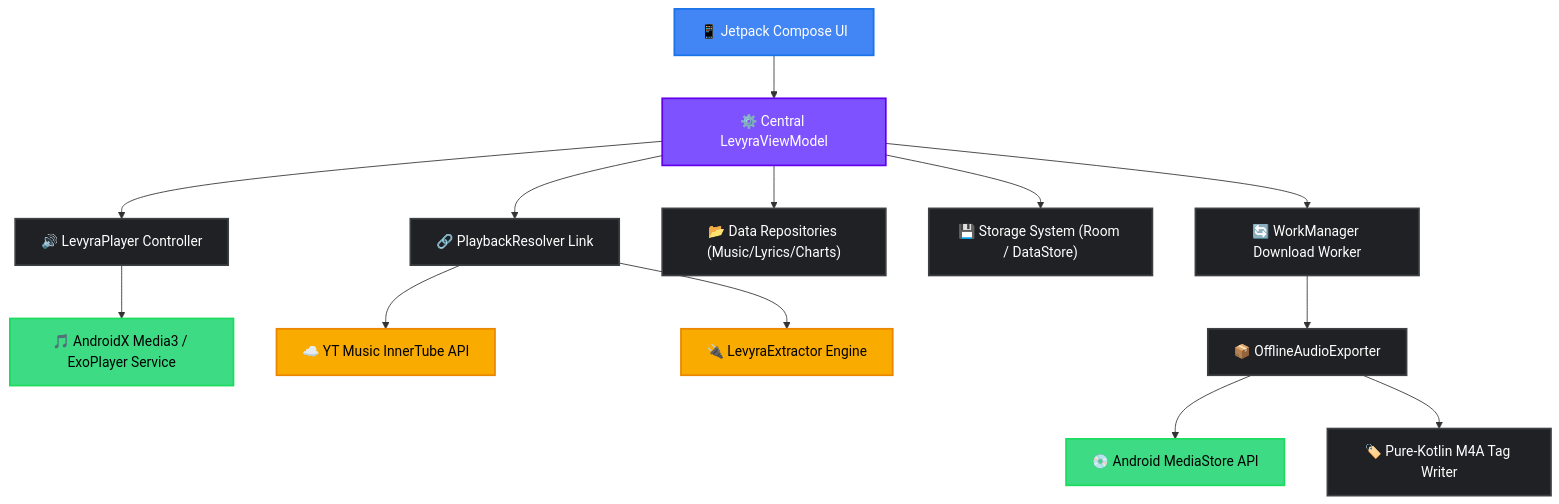
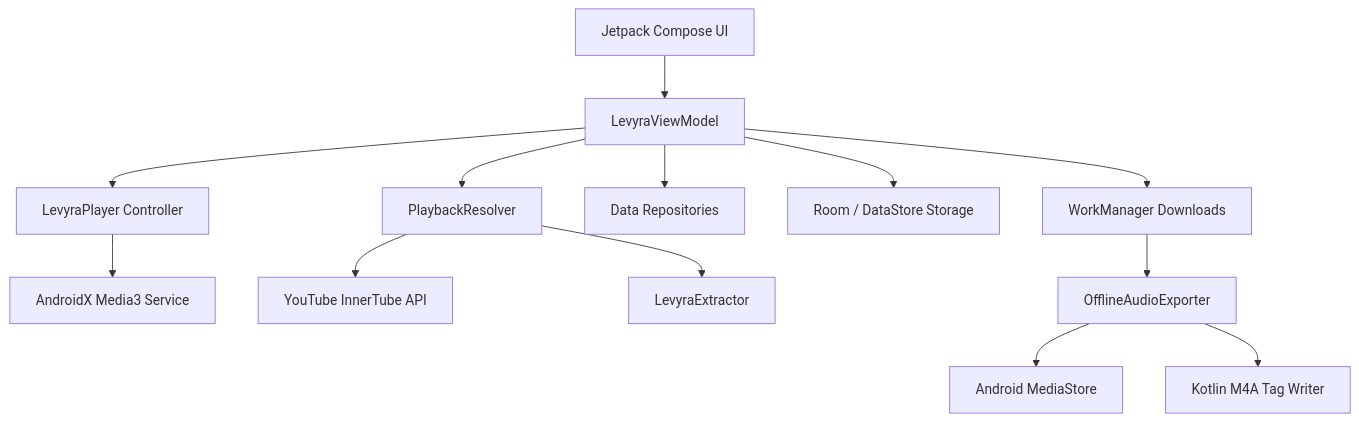
The diagram in README.md (LUC4N3X/Levyra-deepsound), drawn with Mermaid before and after one commit. The commit also changed other lines of this file, not shown here.

````diff
--- a/README.md
+++ b/README.md
@@ -162,26 +138,19 @@
 ```mermaid
 graph TD
-    %% Custom Styling Theme
-    classDef ui fill:#4285F4,stroke:#1A73E8,stroke-width:2px,color:#fff;
-    classDef vm fill:#7F52FF,stroke:#6200EE,stroke-width:2px,color:#fff;
-    classDef core fill:#202124,stroke:#3C4043,stroke-width:2px,color:#fff;
-    classDef engine fill:#3DDC84,stroke:#1DDB60,stroke-width:2px,color:#000;
-    classDef ext fill:#F9AB00,stroke:#EA8600,stroke-width:2px,color:#000;
-
-    UI["📱 Jetpack Compose UI"]:::ui --> VM["⚙️ Central LevyraViewModel"]:::vm
+    UI["Jetpack Compose UI"] --> VM["LevyraViewModel"]
     
-    VM --> Player["🔊 LevyraPlayer Controller"]:::core
-    VM --> Resolver["🔗 PlaybackResolver Link"]:::core
-    VM --> Repos["📂 Data Repositories (Music/Lyrics/Charts)"]:::core
-    VM --> Store["💾 Storage System (Room / DataStore)"]:::core
-    VM --> Work["🔄 WorkManager Download Worker"]:::core
+    VM --> Player["LevyraPlayer Controller"]
+    VM --> Resolver["PlaybackResolver"]
+    VM --> Repos["Data Repositories"]
+    VM --> Store["Room / DataStore Storage"]
+    VM --> Work["WorkManager Downloads"]
     
-    Player --> Media3["🎵 AndroidX Media3 / ExoPlayer Service"]:::engine
+    Player --> Media3["AndroidX Media3 Service"]
     
-    Resolver --> InnerTube["☁️ YT Music InnerTube API"]:::ext
-    Resolver --> Extractor["🔌 LevyraExtractor Engine"]:::ext
+    Resolver --> InnerTube["YouTube InnerTube API"]
+    Resolver --> Extractor["LevyraExtractor"]
     
-    Work --> Exporter["📦 OfflineAudioExporter"]:::core
-    Exporter --> MediaStore["💿 Android MediaStore API"]:::engine
-    Exporter --> Tagger["🏷️ Pure-Kotlin M4A Tag Writer"]:::core
+    Work --> Exporter["OfflineAudioExporter"]
+    Exporter --> MediaStore["Android MediaStore"]
+    Exporter --> Tagger["Kotlin M4A Tag Writer"]
 ```
````
